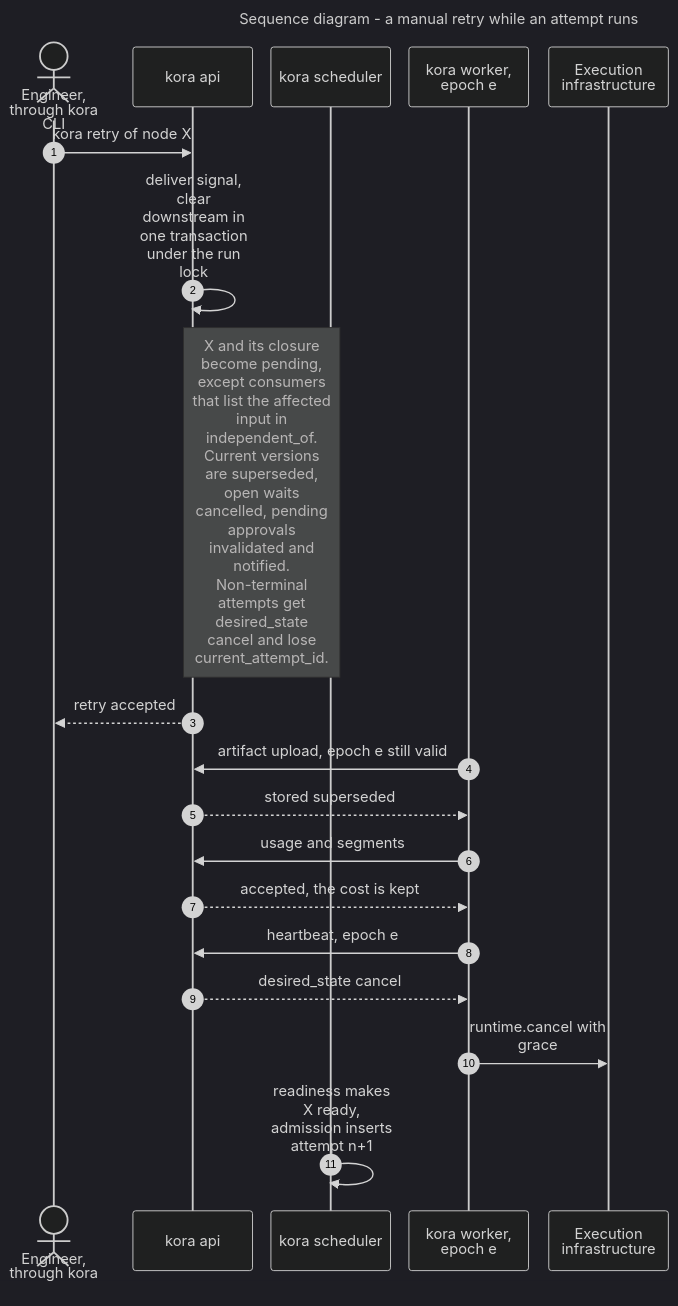
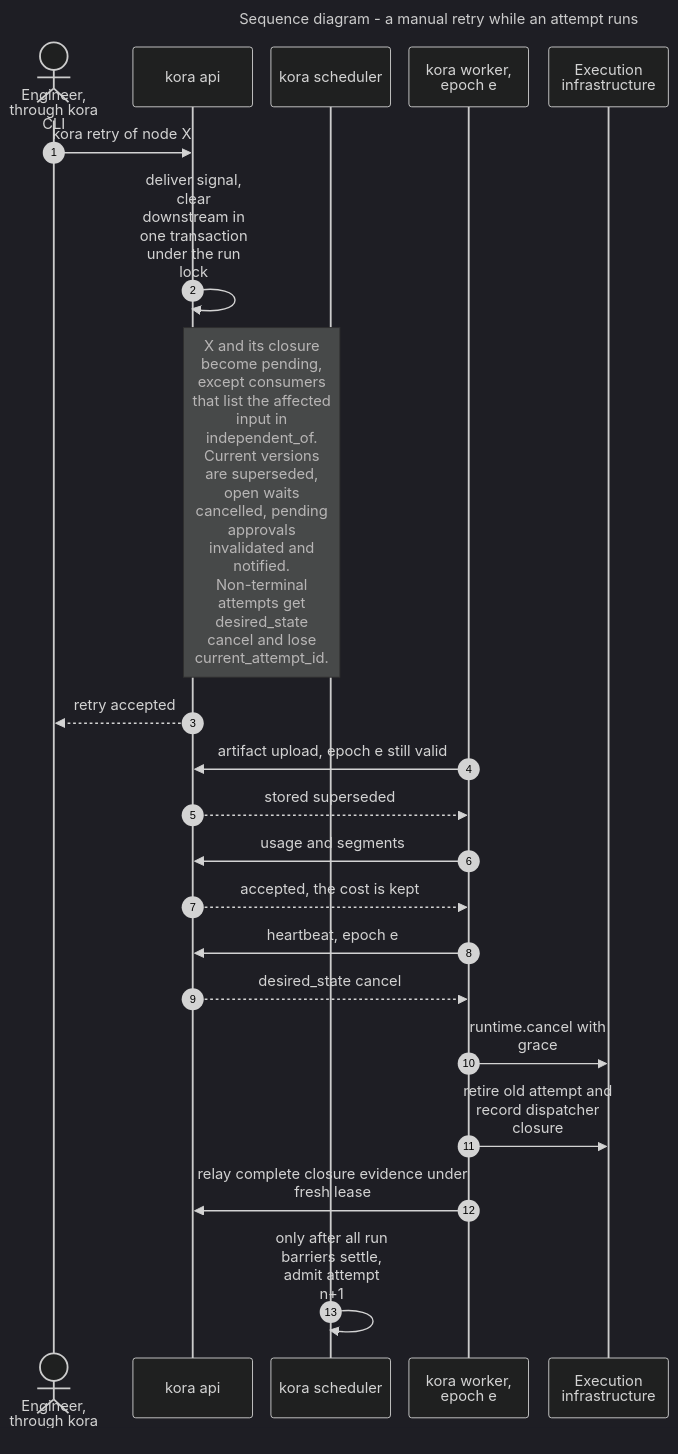
Before and after one commit to klukashka/kora: diagram 16 of 24 in knowledge/architecture/internals.md, drawn with Mermaid (dark theme). The commit also changed other lines of this file and 22 other files, not shown here.

````diff
--- a/knowledge/architecture/internals.md
+++ b/knowledge/architecture/internals.md
@@ -920,32 +927,34 @@
 ```mermaid
 ---
 title: Sequence diagram - a manual retry while an attempt runs
 config:
   sequence:
     wrap: true
     width: 130
     actorMargin: 20
     messageMargin: 30
 ---
 sequenceDiagram
   accTitle: A manual retry while an attempt runs
   accDescr: The engineer retries node X. In one transaction under the run lock the API resets X and its downstream closure to pending, supersedes their current versions, cancels their waits, invalidates their pending approvals and revokes result authority from their running attempts. A running attempt with a still valid epoch then uploads: its artifact is stored superseded, while its usage and segments are accepted. Its next heartbeat returns cancel, and the worker cancels the session. Readiness makes X ready again and admission inserts the next attempt.
   autonumber
   actor E as Engineer, through kora CLI
   participant A as kora api
   participant S as kora scheduler
   participant W as kora worker, epoch e
   participant RT as Execution infrastructure
   E->>A: kora retry of node X
   A->>A: deliver signal, clear downstream in one transaction under the run lock
   Note over A,S: X and its closure become pending, except consumers that list the affected input in independent_of. Current versions are superseded, open waits cancelled, pending approvals invalidated and notified. Non-terminal attempts get desired_state cancel and lose current_attempt_id.
   A-->>E: retry accepted
   W->>A: artifact upload, epoch e still valid
   A-->>W: stored superseded
   W->>A: usage and segments
   A-->>W: accepted, the cost is kept
   W->>A: heartbeat, epoch e
   A-->>W: desired_state cancel
   W->>RT: runtime.cancel with grace
-  S->>S: readiness makes X ready, admission inserts attempt n+1
+  W->>RT: retire old attempt and record dispatcher closure
+  W->>A: relay complete closure evidence under fresh lease
+  S->>S: only after all run barriers settle, admit attempt n+1
 ```
````
